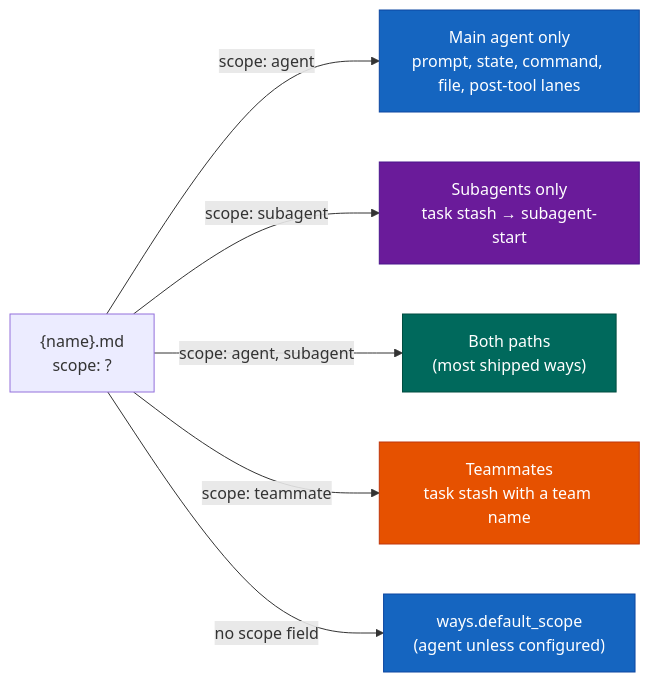
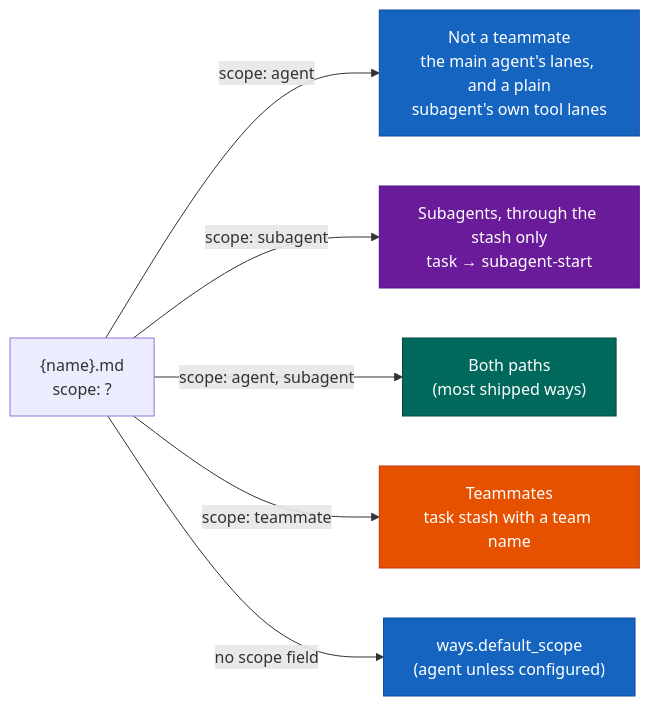
Before and after one commit to aaronsb/agent-ways: the fourth of 13 diagrams in docs/architecture.md, drawn with Mermaid. The commit also changed other lines of this file and 9 other files, not shown here.

First line of the commit message:
docs(architecture): address review: agent scope, fire_score, judge lanes and switches

````diff
--- a/docs/architecture.md
+++ b/docs/architecture.md
@@ -231,15 +231,15 @@
 ```mermaid
 flowchart LR
     classDef agent fill:#1565C0,stroke:#0D47A1,color:#fff
     classDef sub fill:#6A1B9A,stroke:#4A148C,color:#fff
     classDef both fill:#00695C,stroke:#004D40,color:#fff
     classDef team fill:#E65100,stroke:#BF360C,color:#fff
 
     Way["{name}.md<br/>scope: ?"]
 
-    Way -->|"scope: agent"| AG["Main agent only<br/>prompt, state, command, file, post-tool lanes"]:::agent
-    Way -->|"scope: subagent"| SB["Subagents only<br/>task stash → subagent-start"]:::sub
+    Way -->|"scope: agent"| AG["Not a teammate<br/>the main agent's lanes, and a plain<br/>subagent's own tool lanes"]:::agent
+    Way -->|"scope: subagent"| SB["Subagents, through the stash only<br/>task → subagent-start"]:::sub
     Way -->|"scope: agent, subagent"| BOTH["Both paths<br/>(most shipped ways)"]:::both
     Way -->|"scope: teammate"| TM["Teammates<br/>task stash with a team name"]:::team
     Way -->|"no scope field"| DEF["ways.default_scope<br/>(agent unless configured)"]:::agent
 ```
````
